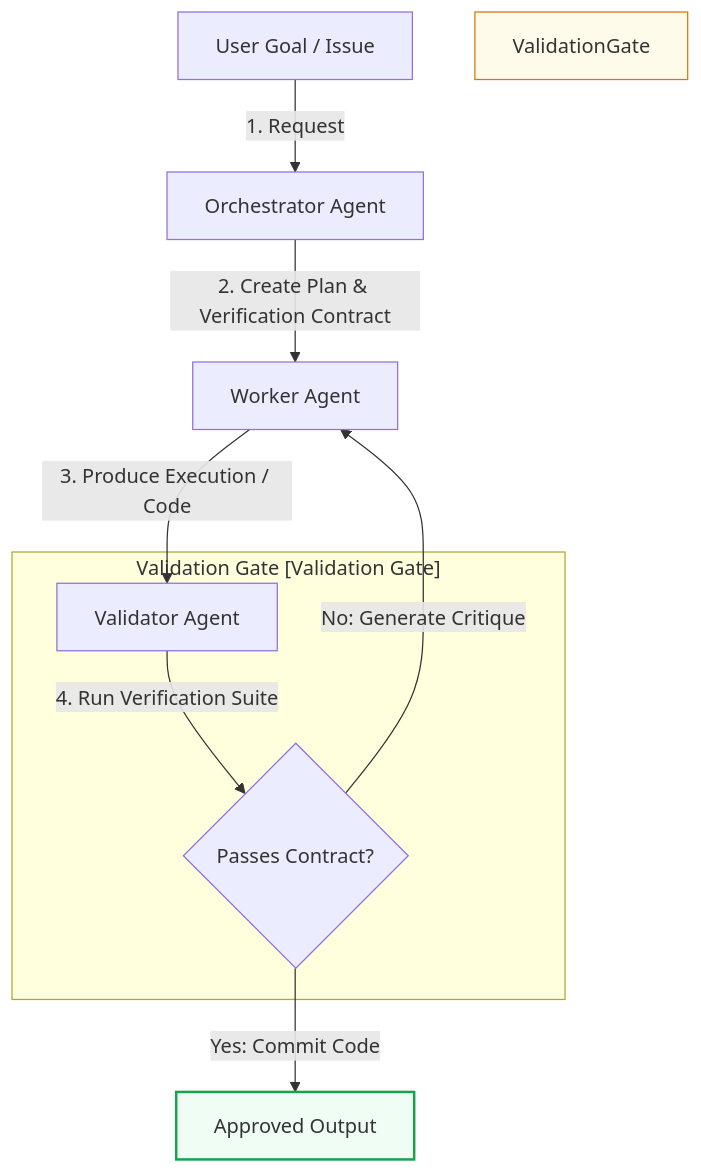
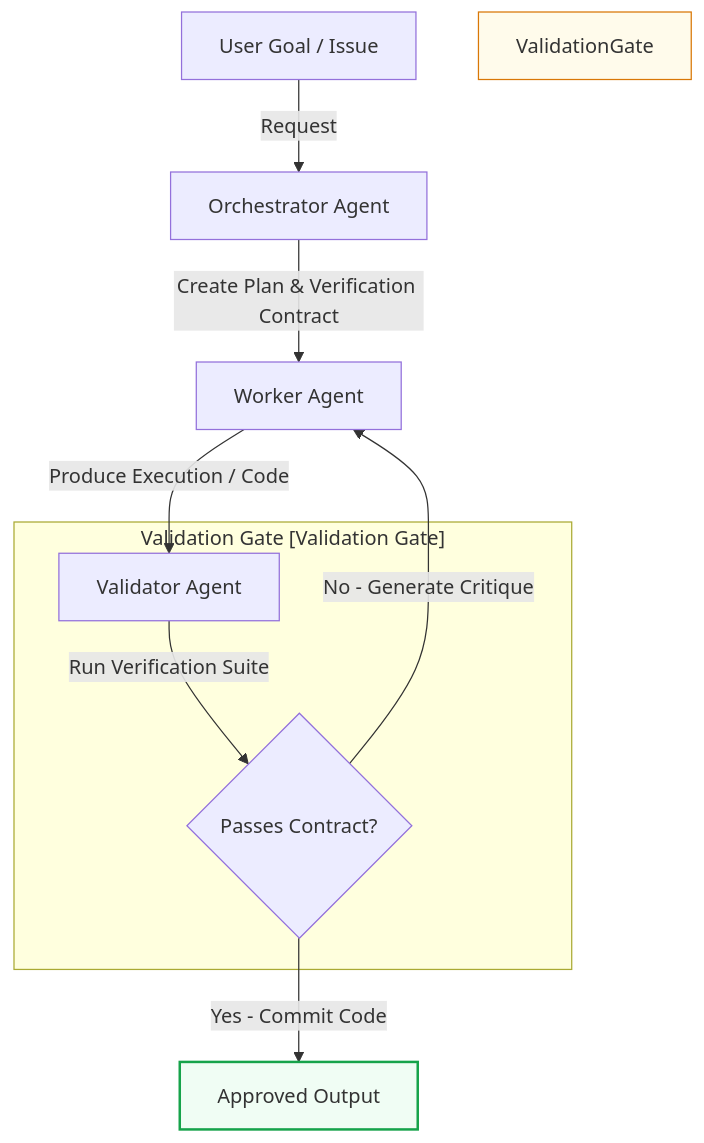
The diagram in blog/posts/orchestrator-worker-validator-architecture.md (akmalkhaniub/akmalkhaniub.github.io), drawn with Mermaid before and after one commit. The commit also changed 411 other files, not shown here.

````diff
--- a/blog/posts/orchestrator-worker-validator-architecture.md
+++ b/blog/posts/orchestrator-worker-validator-architecture.md
@@ -23,16 +23,16 @@
 ```mermaid
-graph TD
-    UserReq[User Goal / Issue] -->|1. Request| Orch[Orchestrator Agent]
-    Orch -->|2. Create Plan & Verification Contract| Worker[Worker Agent]
-    Worker -->|3. Produce Execution / Code| Val[Validator Agent]
+flowchart TD
+    UserReq[User Goal / Issue] -->|Request| Orch[Orchestrator Agent]
+    Orch -->|Create Plan & Verification Contract| Worker[Worker Agent]
+    Worker -->|Produce Execution / Code| Val[Validator Agent]
     
     subgraph SG1_ValidationGateValidation ["Validation Gate [Validation Gate]"]
-        Val -->|4. Run Verification Suite| VerifyCheck{Passes Contract?}
+        Val -->|Run Verification Suite| VerifyCheck{Passes Contract?}
     end
     
-    VerifyCheck -->|No: Generate Critique| Worker
-    VerifyCheck -->|Yes: Commit Code| Finish[Approved Output]
+    VerifyCheck -->|No - Generate Critique| Worker
+    VerifyCheck -->|Yes - Commit Code| Finish[Approved Output]
 
     style ValidationGate fill:#fffbeb,stroke:#d97706,stroke-width:1px
     style Finish fill:#f0fdf4,stroke:#16a34a,stroke-width:2px
 ```
````
